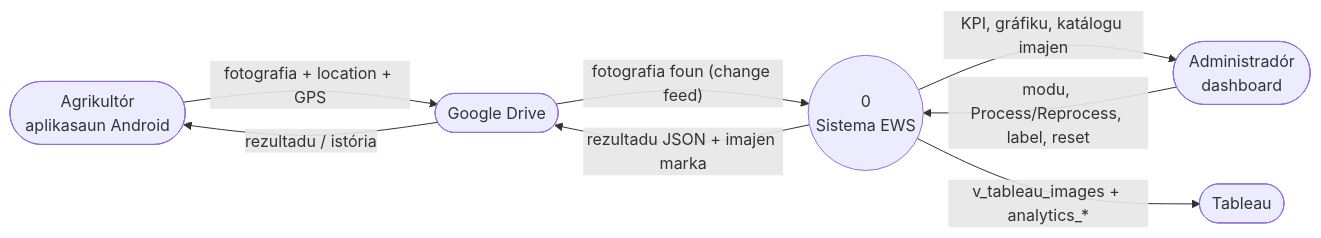
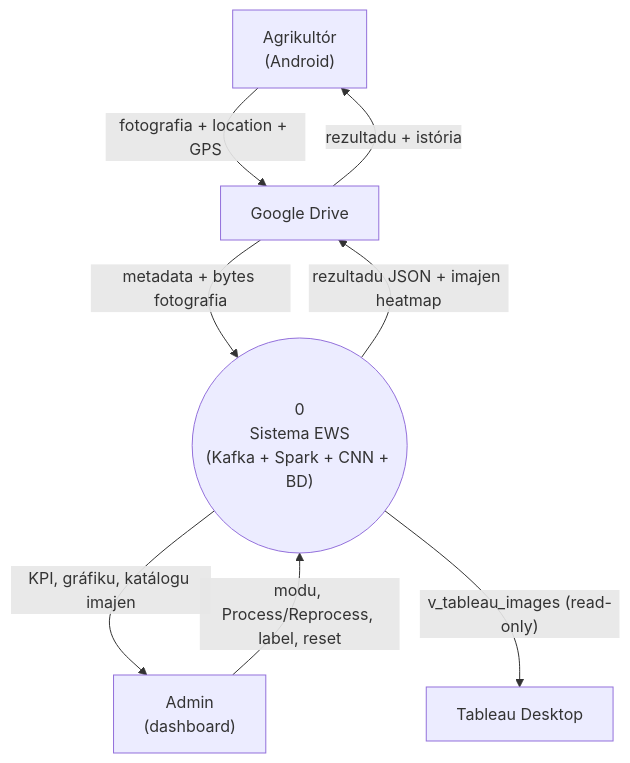
One commit to AOD-collab/-crop-disease-ews changed the third of 6 diagrams in documentation/technical_modules/src/04_database_erd_dfd_module.md. Above: the diagram before and after it, drawn with Mermaid. The commit also changed other lines of this file and 41 other files, not shown here.

````diff
--- a/documentation/technical_modules/src/04_database_erd_dfd_module.md
+++ b/documentation/technical_modules/src/04_database_erd_dfd_module.md
@@ -166,15 +179,15 @@
 ```mermaid
-flowchart LR
-    F([Agrikultór<br/>aplikasaun Android])
-    A([Administradór<br/>dashboard])
-    G([Google Drive])
-    T([Tableau])
-    S((0<br/>Sistema EWS))
+flowchart TD
+    F["Agrikultór<br/>(Android)"]
+    A["Admin<br/>(dashboard)"]
+    T["Tableau Desktop"]
+    G["Google Drive"]
+    S(("0<br/>Sistema EWS<br/>(Kafka + Spark + CNN + BD)"))
     F -- "fotografia + location + GPS" --> G
-    G -- "fotografia foun (change feed)" --> S
-    S -- "rezultadu JSON + imajen marka" --> G
-    G -- "rezultadu / istória" --> F
+    G -- "metadata + bytes fotografia" --> S
+    S -- "rezultadu JSON + imajen heatmap" --> G
+    G -- "rezultadu + istória" --> F
     A -- "modu, Process/Reprocess, label, reset" --> S
     S -- "KPI, gráfiku, katálogu imajen" --> A
-    S -- "v_tableau_images + analytics_*" --> T
+    S -- "v_tableau_images (read-only)" --> T
 ```
````
